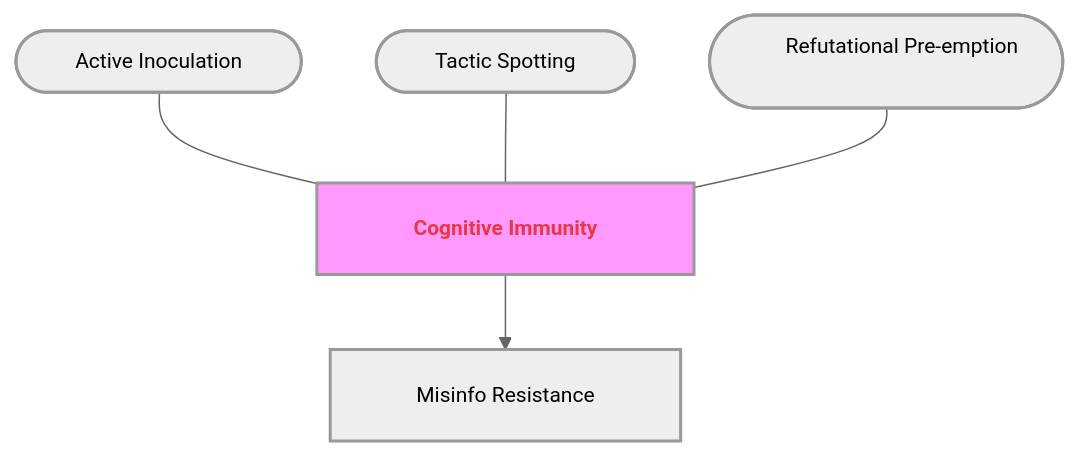
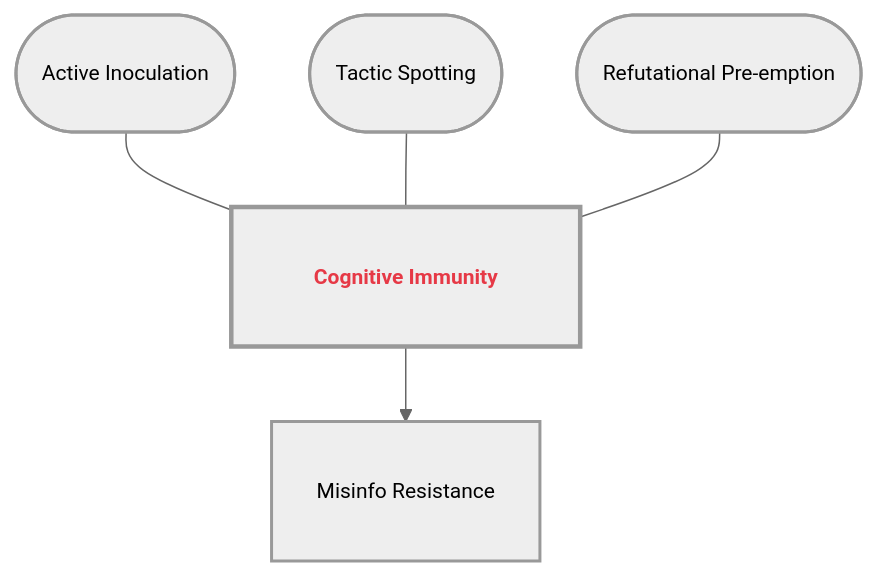
The eighth of 8 diagrams in Communication_Influence/Mastery_Guide_SOW_BS033.md (GM024/CourseSummaries), drawn with Mermaid before and after one commit. The commit also changed other lines of this file, not shown here.

Commit message:
Dynamic Box Standard: CSS-driven padding and HTML bolding for perfect diagram rendering

````diff
--- a/Communication_Influence/Mastery_Guide_SOW_BS033.md
+++ b/Communication_Influence/Mastery_Guide_SOW_BS033.md
@@ -269,14 +269,14 @@
 ```mermaid
-%%{init: { 'flowchart': { 'padding': 20, 'nodeSpacing': 50, 'rankSpacing': 50, 'useMaxWidth': false }, 'theme': 'neutral', 'themeVariables': { 'fontSize': '14px' }}}%%
+%%{init: { 'flowchart': { 'useMaxWidth': false, 'htmlLabels': true }, 'theme': 'neutral', 'themeVariables': { 'fontSize': '14px' }}}%%
 graph TD
-    Hub["&nbsp;&nbsp;&nbsp;&nbsp;&nbsp;&nbsp; <span style='color:#e63946'><b>Cognitive Immunity</b></span> &nbsp;&nbsp;&nbsp;&nbsp;&nbsp;&nbsp;"]:::hubNode
+    classDef sandbox padding-left:20px,padding-right:20px,padding-top:10px,padding-bottom:10px,stroke-width:2px;
+    classDef hub padding-left:25px,padding-right:25px,padding-top:15px,padding-bottom:15px,stroke-width:3px,font-weight:bold;
+
+    Hub["<span style='color:#e63946'><b>Cognitive Immunity</b></span>"]:::hub
     
-    S1(["&nbsp;&nbsp;&nbsp;&nbsp;&nbsp;&nbsp; Active Inoculation &nbsp;&nbsp;&nbsp;&nbsp;&nbsp;&nbsp;"]) --- Hub
-    S2(["&nbsp;&nbsp;&nbsp;&nbsp;&nbsp;&nbsp; Tactic Spotting &nbsp;&nbsp;&nbsp;&nbsp;&nbsp;&nbsp;"]) --- Hub
-    S3(["&nbsp;&nbsp;&nbsp;&nbsp;&nbsp;&nbsp; Refutational Pre-emption &nbsp;&nbsp;&nbsp;&nbsp;&nbsp;&nbsp;"]) --- Hub
+    S1(["Active Inoculation"]):::sandbox --- Hub
+    S2(["Tactic Spotting"]):::sandbox --- Hub
+    S3(["Refutational Pre-emption"]):::sandbox --- Hub
     
-    Hub --> B1["&nbsp;&nbsp;&nbsp;&nbsp; Misinfo Resistance &nbsp;&nbsp;&nbsp;&nbsp;"]
-    
-    classDef hubNode font-weight:bold,stroke-width:2px,fill:#f9f;
-    classDef default stroke-width:2px;
+    Hub --> B1["Misinfo Resistance"]:::sandbox
 ```
````
